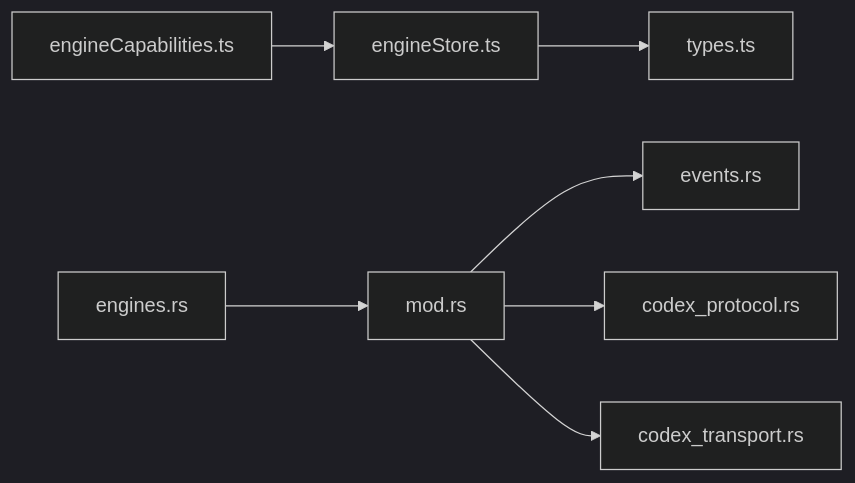
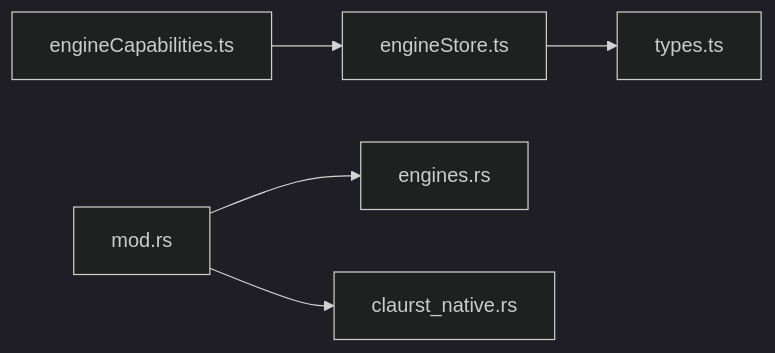
The tenth of 10 diagrams in .qoder/repowiki/zh/content/AI 引擎管理/引擎架构设计.md (yattin/panes), drawn with Mermaid (dark theme) before and after one commit. The commit also changed other lines of this file and 45 other files, not shown here.

````diff
--- a/.qoder/repowiki/zh/content/AI 引擎管理/引擎架构设计.md
+++ b/.qoder/repowiki/zh/content/AI 引擎管理/引擎架构设计.md
@@ -402,9 +299,7 @@
 ```mermaid
 graph LR
 FE_Store["engineStore.ts"] --> Types["types.ts"]
 FE_Cap["engineCapabilities.ts"] --> FE_Store
-BE_Mod["mod.rs"] --> BE_Events["events.rs"]
-BE_Mod --> BE_Prot["codex_protocol.rs"]
-BE_Mod --> BE_Trans["codex_transport.rs"]
-BE_Cmd["engines.rs"] --> BE_Mod
+BE_Mod["mod.rs"] --> BE_Cmd["engines.rs"]
+BE_Mod --> BE_Native["claurst_native.rs"]
 ```
````
